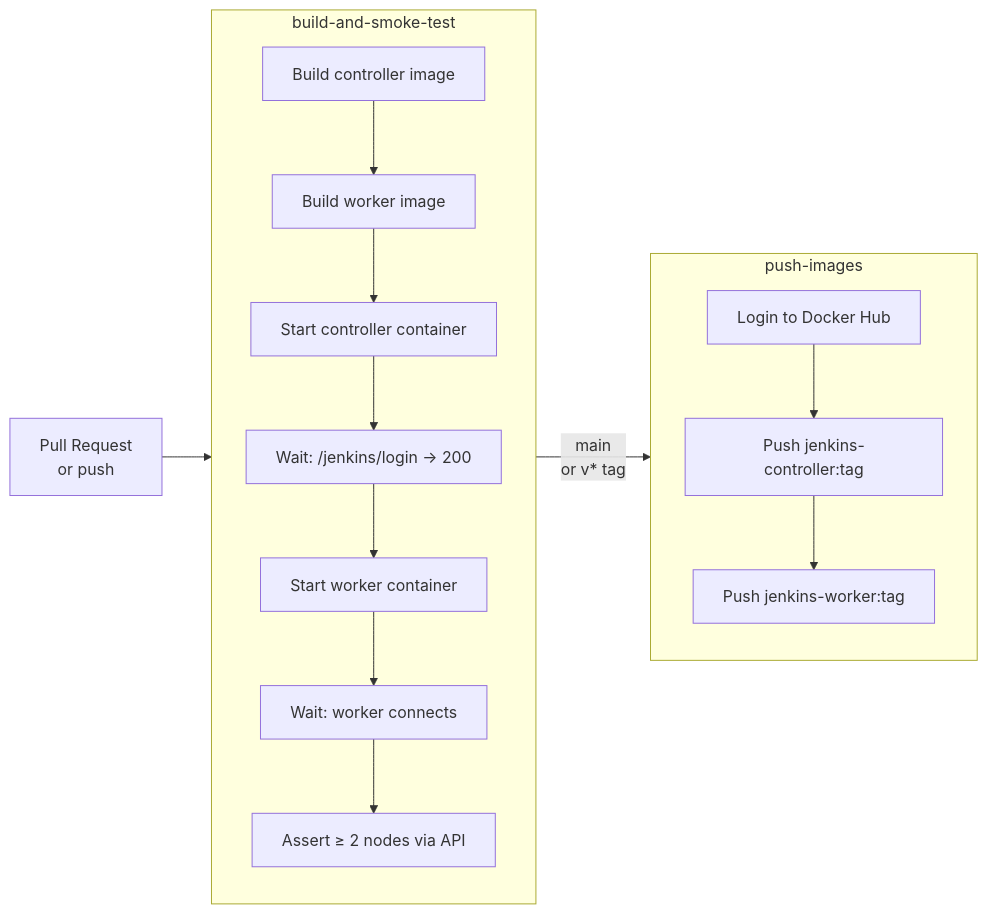
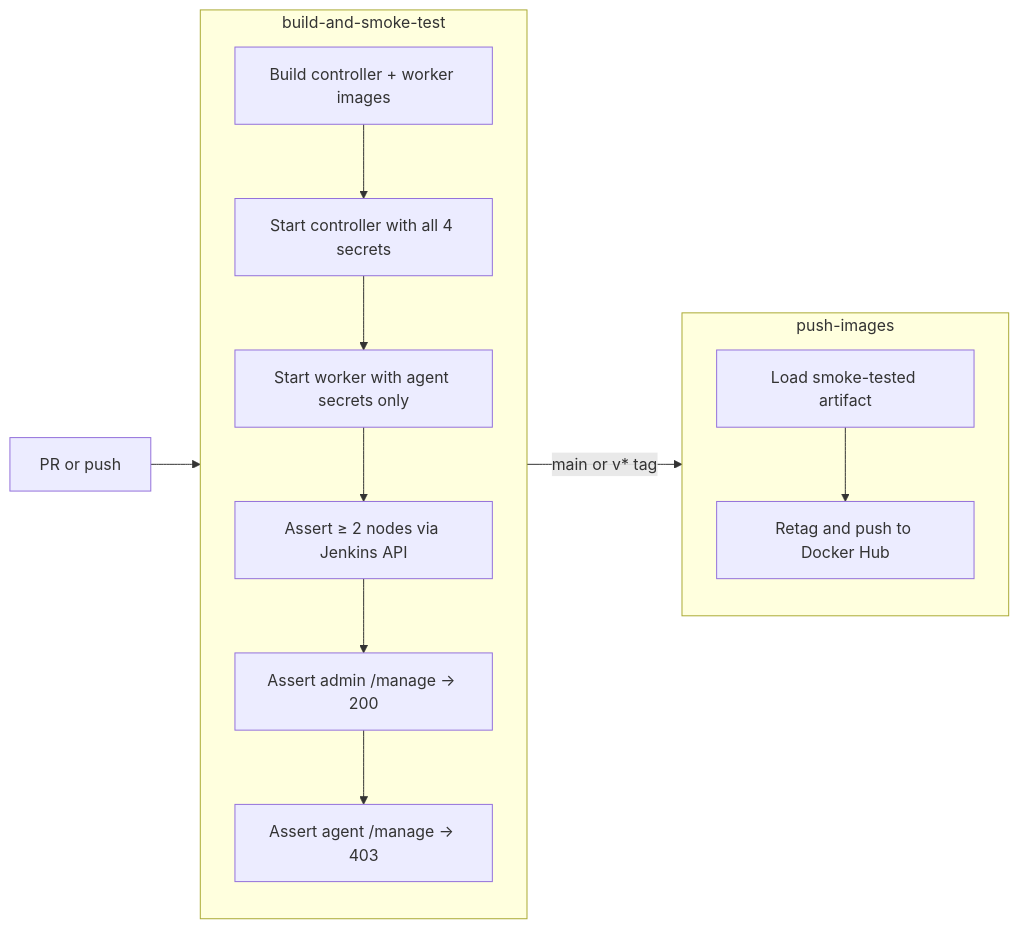
One commit to sangharshcs/deploy-jenkins changed the third of 3 diagrams in README.md. Above: the diagram before and after it, drawn with Mermaid. The commit also changed other lines of this file and 10 other files, not shown here.

````diff
--- a/README.md
+++ b/README.md
@@ -291,25 +327,23 @@
 ```mermaid
 flowchart LR
-    PR["Pull Request\nor push"] --> BUILD
+    PR["PR or push"] --> BUILD
 
     subgraph BUILD ["build-and-smoke-test"]
         direction TB
-        B1["Build controller image"]
-        B2["Build worker image"]
-        B3["Start controller container"]
-        B4["Wait: /jenkins/login → 200"]
-        B5["Start worker container"]
-        B6["Wait: worker connects"]
-        B7["Assert ≥ 2 nodes via API"]
-        B1 --> B2 --> B3 --> B4 --> B5 --> B6 --> B7
+        B1["Build controller + worker images"]
+        B2["Start controller with all 4 secrets"]
+        B3["Start worker with agent secrets only"]
+        B4["Assert ≥ 2 nodes via Jenkins API"]
+        B5["Assert admin /manage → 200"]
+        B6["Assert agent /manage → 403"]
+        B1 --> B2 --> B3 --> B4 --> B5 --> B6
     end
 
-    B7 -->|"main\nor v* tag"| PUSH
+    B6 -->|"main or v* tag"| PUSH
 
     subgraph PUSH ["push-images"]
-        P1["Login to Docker Hub"]
-        P2["Push jenkins-controller:tag"]
-        P3["Push jenkins-worker:tag"]
-        P1 --> P2 --> P3
+        P1["Load smoke-tested artifact"]
+        P2["Retag and push to Docker Hub"]
+        P1 --> P2
     end
 ```
````
